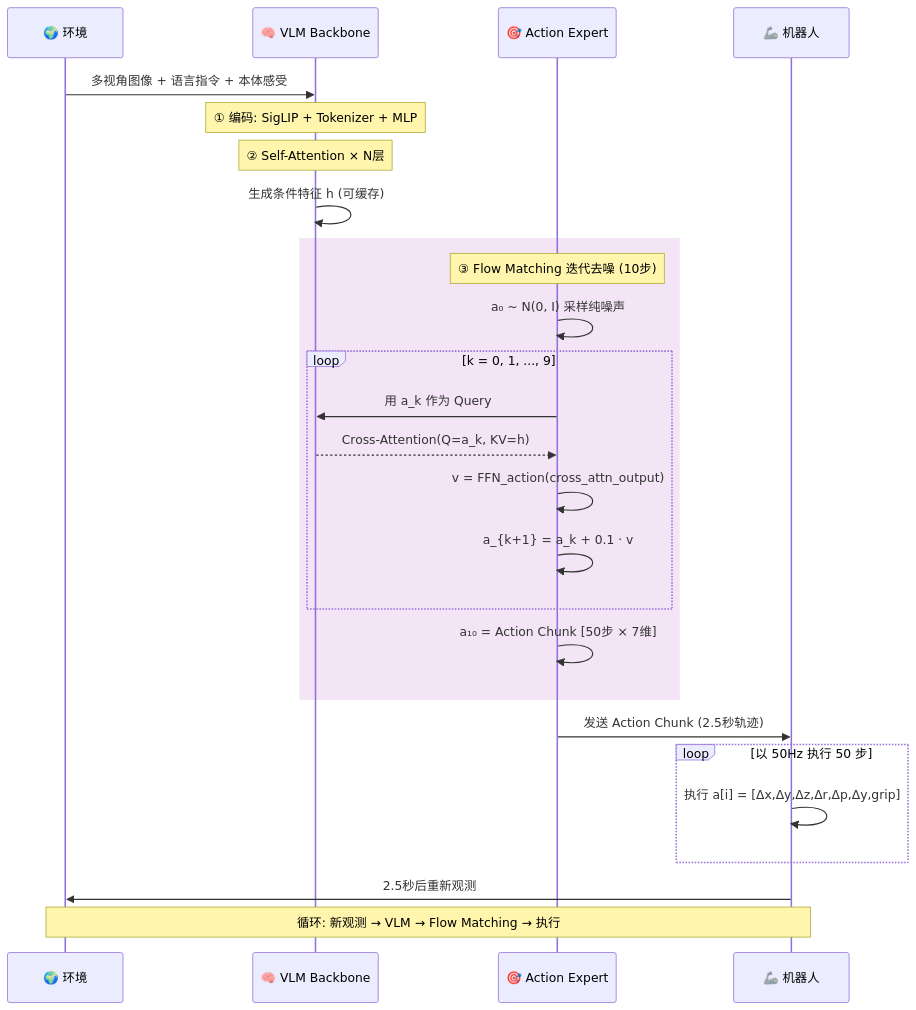
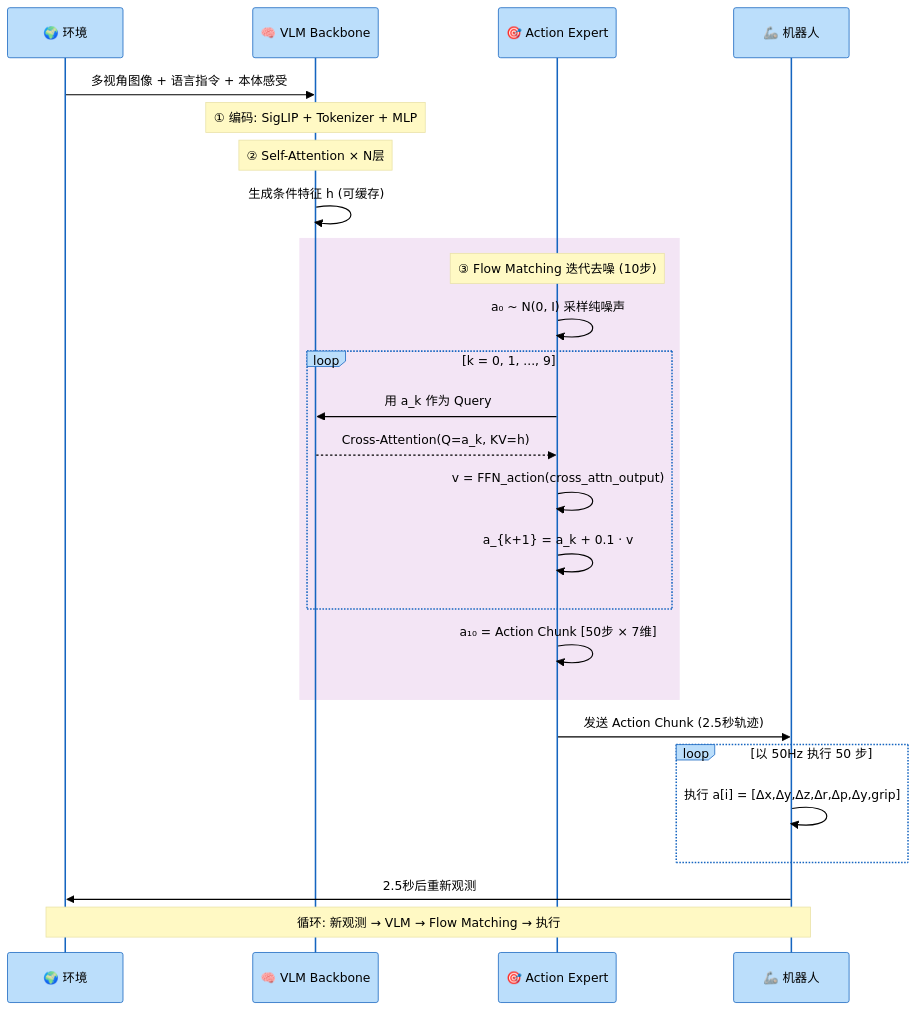
The third of 3 diagrams in VLA_Advances/Appendix_A_Flow_Matching.md (wikan2019/VLALearning), drawn with Mermaid before and after one commit. The commit also changed other lines of this file, not shown here.

Commit message:
feat: 补充本体感受Token/时间嵌入详解，优化Mermaid图配色

````diff
--- a/VLA_Advances/Appendix_A_Flow_Matching.md
+++ b/VLA_Advances/Appendix_A_Flow_Matching.md
@@ -1077,35 +1165,36 @@
 ```mermaid
+%%{init: {'theme': 'base', 'themeVariables': {'actorTextColor': '#000000', 'actorBkg': '#bbdefb', 'actorBorder': '#1565c0', 'signalColor': '#000000', 'signalTextColor': '#000000', 'labelTextColor': '#000000', 'loopTextColor': '#000000', 'noteBkgColor': '#fff9c4', 'noteTextColor': '#000000', 'fontFamily': 'Arial', 'fontSize': '14px'}}}%%
 sequenceDiagram
     participant ENV as 🌍 环境
     participant VLM as 🧠 VLM Backbone
     participant AE as 🎯 Action Expert
     participant ROBOT as 🦾 机器人
 
     ENV->>VLM: 多视角图像 + 语言指令 + 本体感受
     Note over VLM: ① 编码: SigLIP + Tokenizer + MLP
     Note over VLM: ② Self-Attention × N层
     VLM->>VLM: 生成条件特征 h (可缓存)
 
     rect rgb(243, 229, 245)
         Note over AE: ③ Flow Matching 迭代去噪 (10步)
         AE->>AE: a₀ ~ N(0, I) 采样纯噪声
         
         loop k = 0, 1, ..., 9
             AE->>VLM: 用 a_k 作为 Query
             VLM-->>AE: Cross-Attention(Q=a_k, KV=h)
             AE->>AE: v = FFN_action(cross_attn_output)
             AE->>AE: a_{k+1} = a_k + 0.1 · v
         end
         
         AE->>AE: a₁₀ = Action Chunk [50步 × 7维]
     end
 
     AE->>ROBOT: 发送 Action Chunk (2.5秒轨迹)
     
     loop 以 50Hz 执行 50 步
         ROBOT->>ROBOT: 执行 a[i] = [Δx,Δy,Δz,Δr,Δp,Δy,grip]
     end
     
     ROBOT->>ENV: 2.5秒后重新观测
     Note over ENV,ROBOT: 循环: 新观测 → VLM → Flow Matching → 执行
 ```
````
